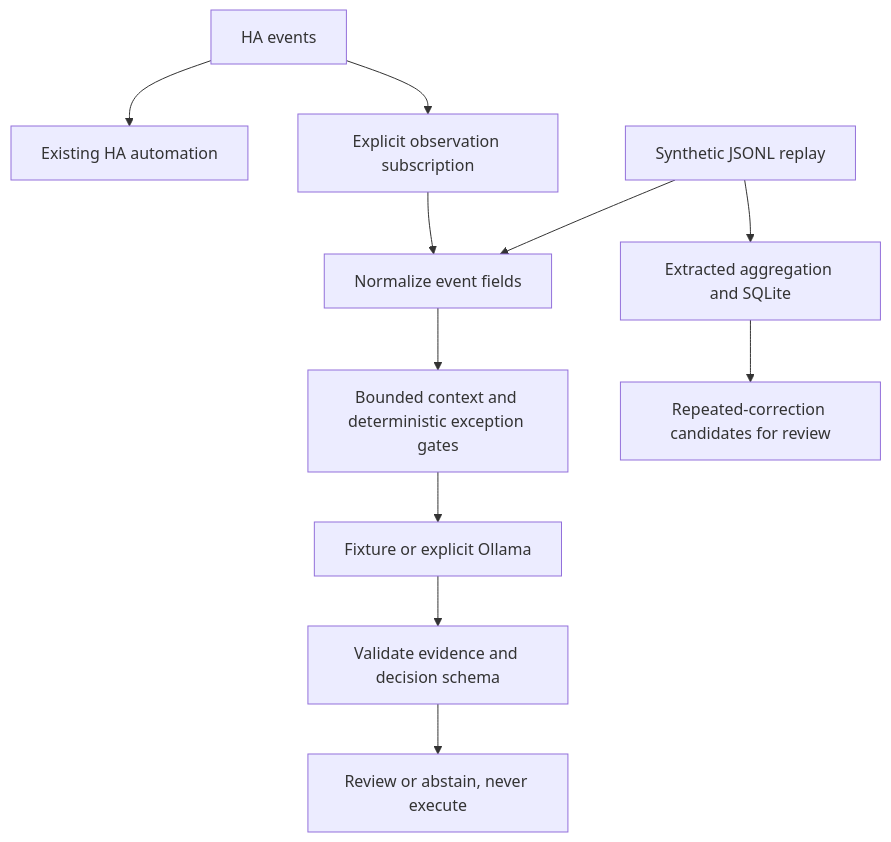
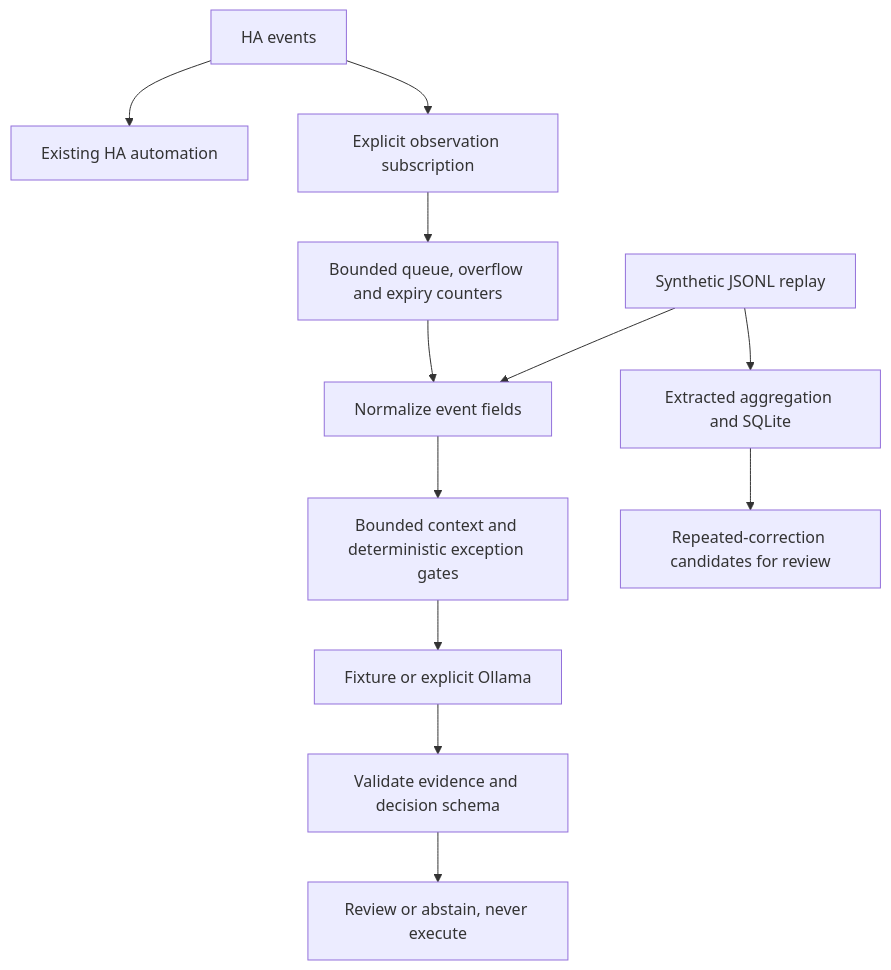
One commit to DovetaRica/LARES changed the diagram in docs/architecture.md. Above: the diagram before and after it, drawn with Mermaid. The commit also changed other lines of this file and 10 other files, not shown here.

````diff
--- a/docs/architecture.md
+++ b/docs/architecture.md
@@ -3,13 +3,14 @@
 ```mermaid
 flowchart TD
   HA[HA events] --> Existing[Existing HA automation]
   HA --> Observe[Explicit observation subscription]
   Replay[Synthetic JSONL replay] --> Normalize[Normalize event fields]
-  Observe --> Normalize
+  Observe --> Queue[Bounded queue, overflow and expiry counters]
+  Queue --> Normalize
   Normalize --> Gate[Bounded context and deterministic exception gates]
   Gate --> Provider[Fixture or explicit Ollama]
   Provider --> Validate[Validate evidence and decision schema]
   Validate --> Output[Review or abstain, never execute]
   Replay --> Core[Extracted aggregation and SQLite]
   Core --> Candidates[Repeated-correction candidates for review]
 ```
````
